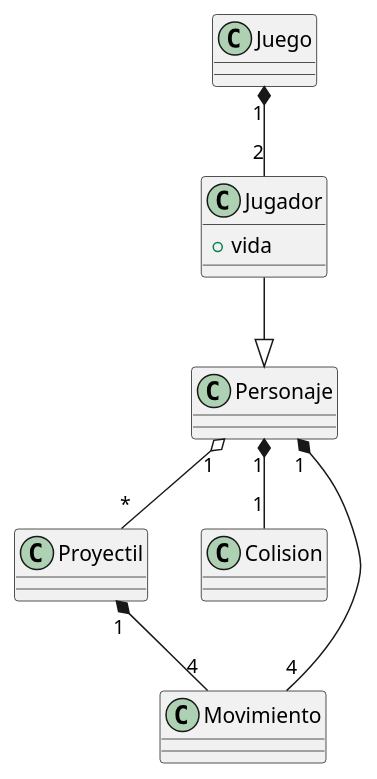
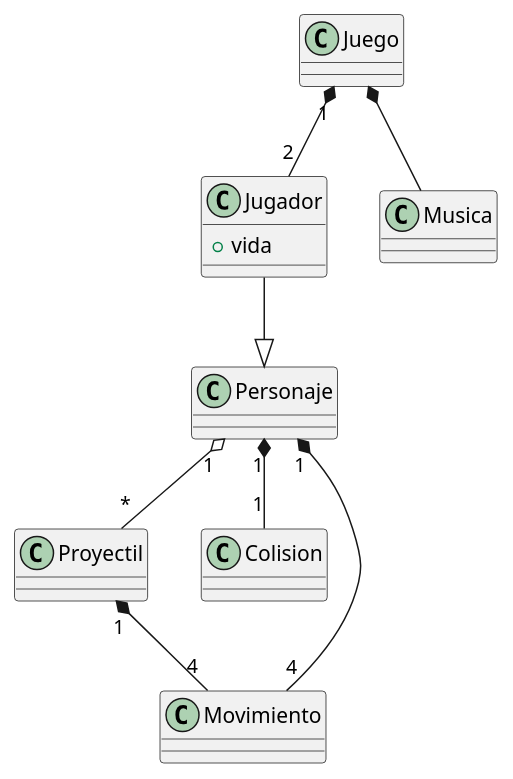
One commit to Cot04/Gun-fight changed the diagram in docs/diagrama.puml. Above: the diagram before and after it, drawn with PlantUML. The commit also changed 2 other files, not shown here.

Commit message:
Diagrama de clases

```diff
--- a/docs/diagrama.puml
+++ b/docs/diagrama.puml
@@ -1,23 +1,21 @@
 @startuml diagrama
 
 class Personaje
 
 class Jugador{
     + vida
 }
-
 class Proyectil
-
 class Colision
-
-
 class Juego
+class Musica
 
 Juego "1" *-- "2" Jugador
 Jugador --|> Personaje
 Personaje "1" *-- "1" Colision
 Personaje "1" *-- "4" Movimiento
 Personaje "1" o-- "*" Proyectil
 Proyectil "1" *-- "4" Movimiento
+Juego *-- Musica
 
 @enduml
```
